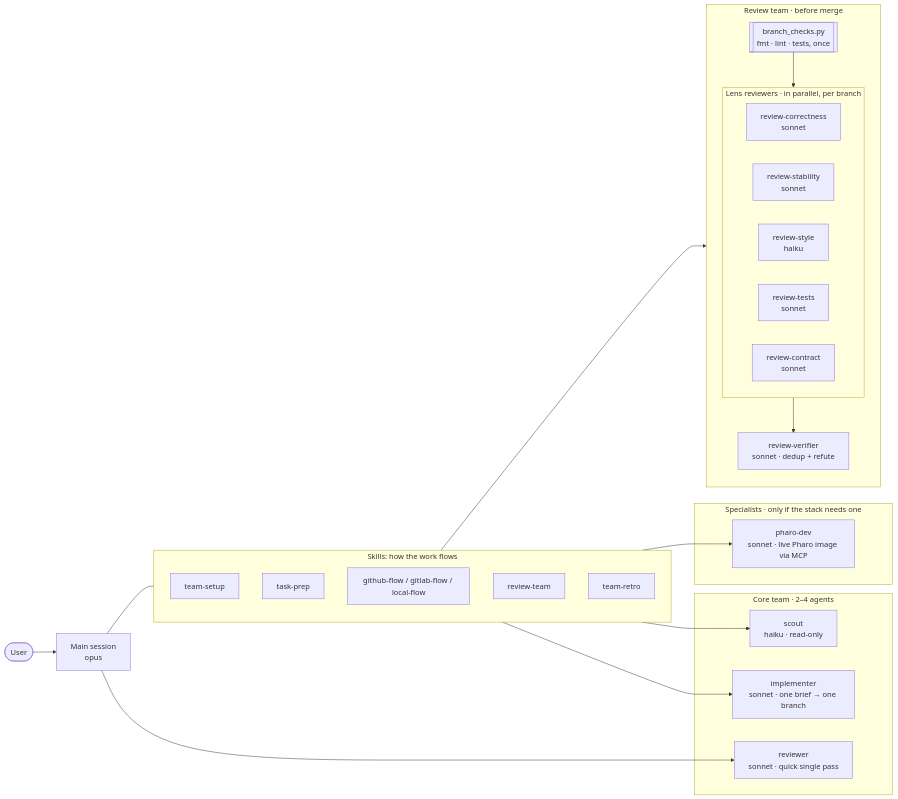
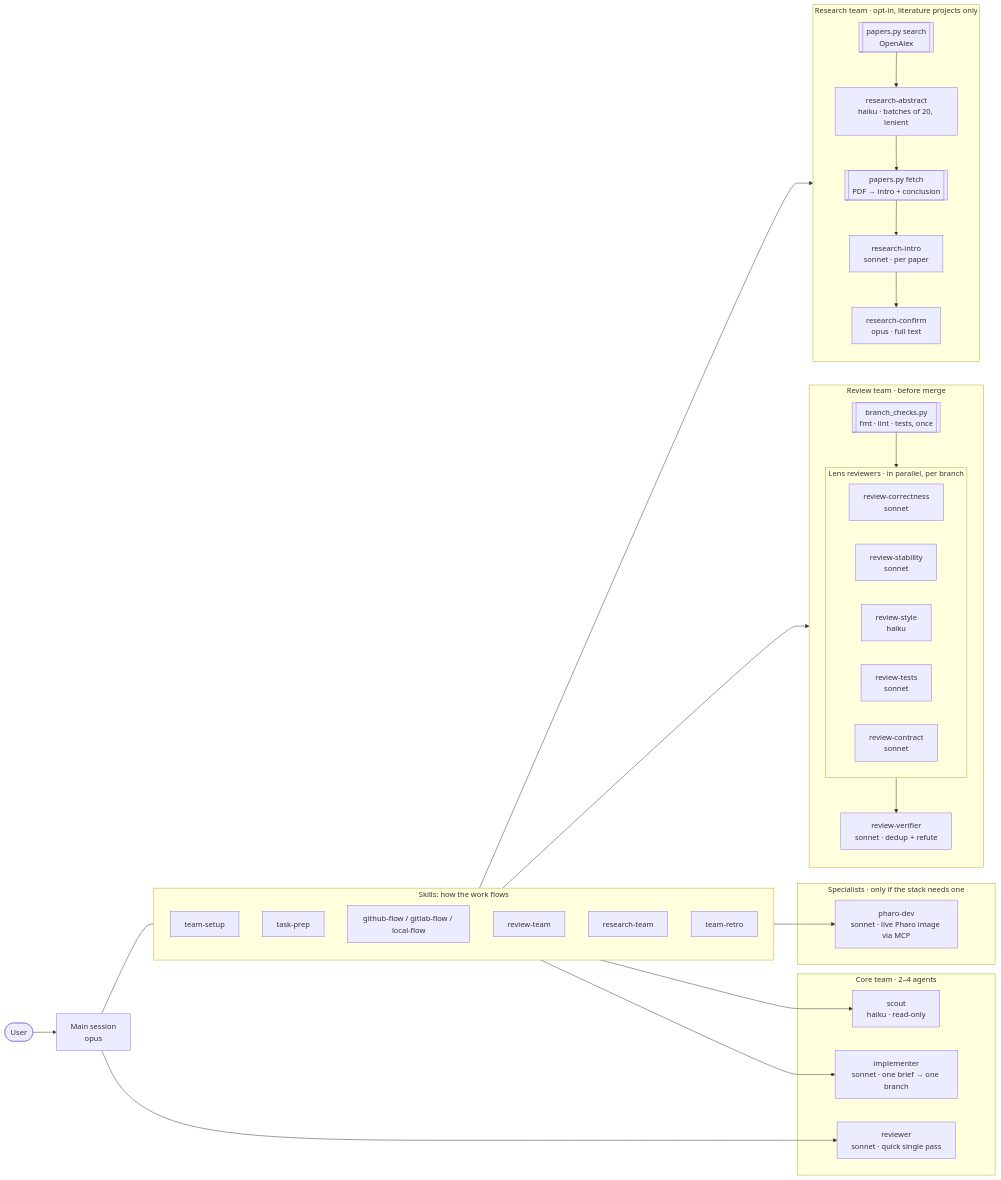
Before and after one commit to badetitou/badetitou-team: the first of 2 diagrams in docs/teams.md, drawn with Mermaid. The commit also changed other lines of this file and 11 other files, not shown here.

First line of the commit message:
Add the research team: three-stage literature funnel

````diff
--- a/docs/teams.md
+++ b/docs/teams.md
@@ -9,44 +10,56 @@
 ```mermaid
 flowchart LR
   user([User]) --> main[Main session<br/>opus]
 
   subgraph skills[Skills: how the work flows]
     direction TB
     setup[team-setup]
     prep[task-prep]
     flow[github-flow / gitlab-flow / local-flow]
     rteam[review-team]
+    rsearch[research-team]
     retro[team-retro]
   end
   main --- skills
 
   subgraph core[Core team · 2–4 agents]
     scout[scout<br/>haiku · read-only]
     impl[implementer<br/>sonnet · one brief → one branch]
     rev[reviewer<br/>sonnet · quick single pass]
   end
 
   subgraph spec[Specialists · only if the stack needs one]
     pharo[pharo-dev<br/>sonnet · live Pharo image via MCP]
   end
 
   subgraph review[Review team · before merge]
     direction TB
     checks[[branch_checks.py<br/>fmt · lint · tests, once]]
     subgraph lenses[Lens reviewers · in parallel, per branch]
       c[review-correctness<br/>sonnet]
       s[review-stability<br/>sonnet]
       st[review-style<br/>haiku]
       t[review-tests<br/>sonnet]
       k[review-contract<br/>sonnet]
     end
     v[review-verifier<br/>sonnet · dedup + refute]
     checks --> lenses --> v
   end
 
+  subgraph research[Research team · opt-in, literature projects only]
+    direction TB
+    oa[[papers.py search<br/>OpenAlex]]
+    ra[research-abstract<br/>haiku · batches of 20, lenient]
+    fe[[papers.py fetch<br/>PDF → intro + conclusion]]
+    ri[research-intro<br/>sonnet · per paper]
+    rc[research-confirm<br/>opus · full text]
+    oa --> ra --> fe --> ri --> rc
+  end
+
+  rsearch --> oa
   prep --> scout
   prep --> impl
   prep --> pharo
   rteam --> checks
   main --> rev
 ```
````
